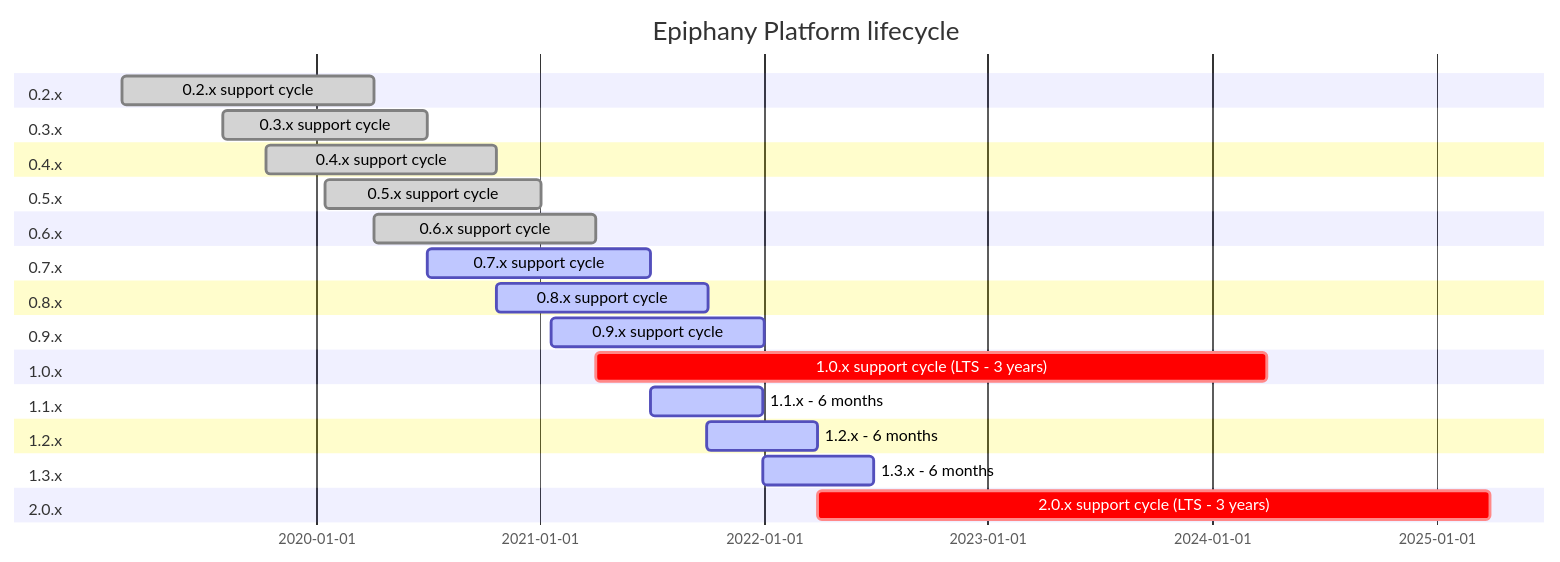
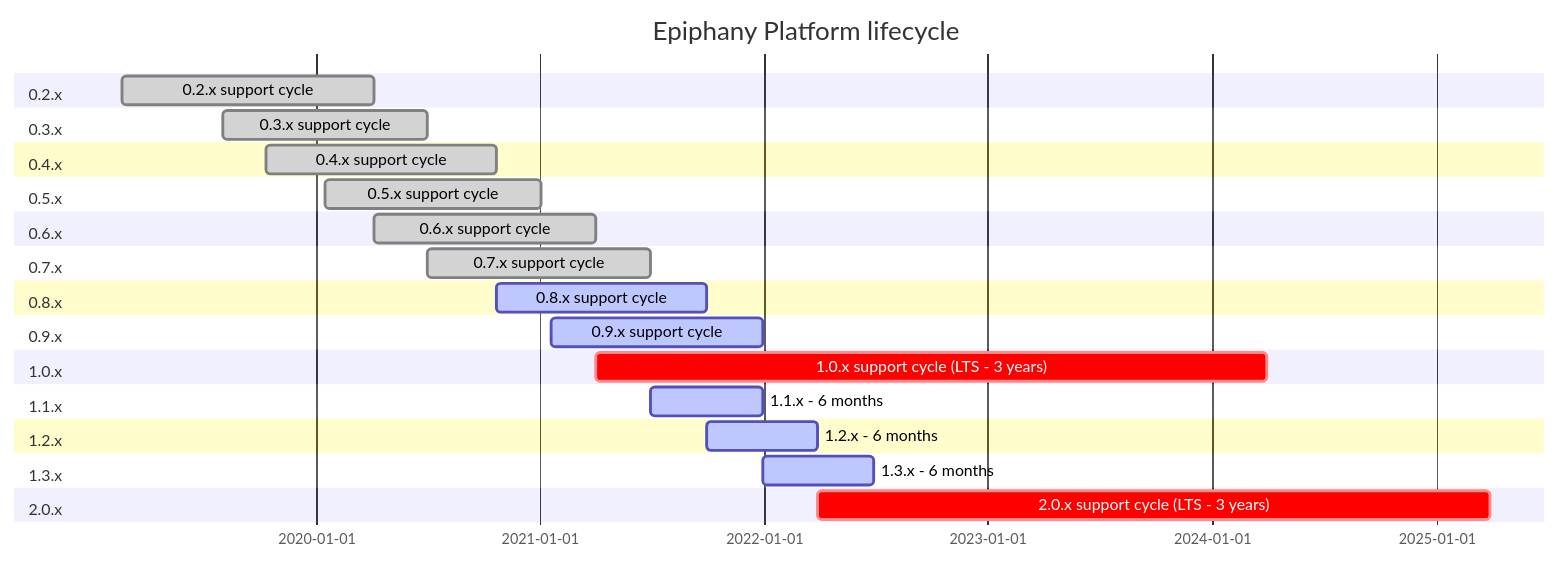
Before and after one commit to hitachienergy/epiphany: the diagram in docs/home/LIFECYCLE_GANTT.md, drawn with Mermaid. The commit also changed 2 other files, not shown here.

Commit message:
Lifecycle update

````diff
--- a/docs/home/LIFECYCLE_GANTT.md
+++ b/docs/home/LIFECYCLE_GANTT.md
@@ -3,31 +3,31 @@
 ```mermaid
 gantt
 title Epiphany Platform lifecycle
 dateFormat  YYYY-MM-DD
 section 0.2.x
 0.2.x support cycle     :done, 2019-02-19, 2020-04-06
 section 0.3.x
 0.3.x support cycle     :done, 2019-08-02, 2020-07-01
 section 0.4.x
 0.4.x support cycle     :done, 2019-10-11, 2020-10-22
 section 0.5.x
 0.5.x support cycle     :done, 2020-01-17, 2021-01-02
 section 0.6.x
 0.6.x support cycle     :done, 2020-04-06, 2021-04-01
 section 0.7.x
-0.7.x support cycle     :active, 2020-07-01, 2021-07-01
+0.7.x support cycle     :done, 2020-07-01, 2021-06-30
 section 0.8.x
-0.8.x support cycle     :active, 2020-10-22, 2021-10-01
+0.8.x support cycle     :active, 2020-10-22, 2021-09-30
 section 0.9.x
-0.9.x support cycle      :active, 2021-01-19, 2022-01-01
+0.9.x support cycle      :active, 2021-01-19, 2021-12-30
 section 1.0.x
 1.0.x support cycle (LTS - 3 years)    :crit, 2021-04-01, 2024-04-01
 section 1.1.x
 1.1.x - 6 months     :active, 2021-06-30, 2021-12-30
 section 1.2.x
 1.2.x - 6 months     :active, 2021-09-30, 2022-03-30
 section 1.3.x
 1.3.x - 6 months     :active, 2021-12-30, 2022-06-30
 section 2.0.x
 2.0.x support cycle (LTS - 3 years)     :crit, 2022-03-30, 2025-03-30
 ```
````
